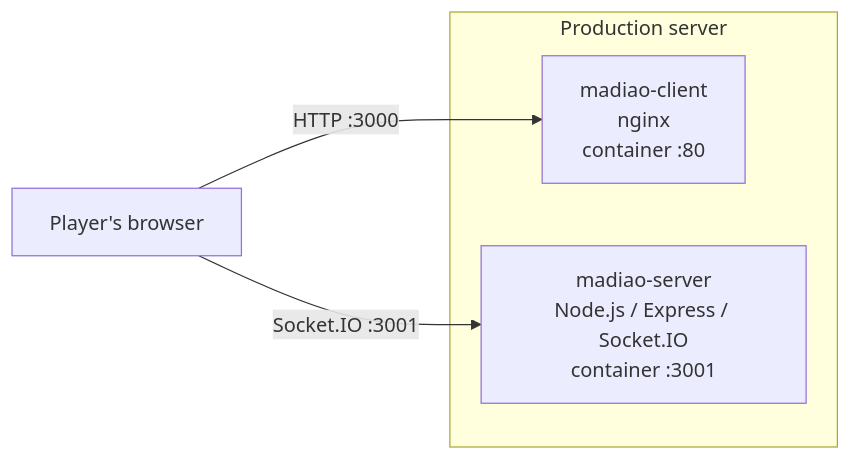
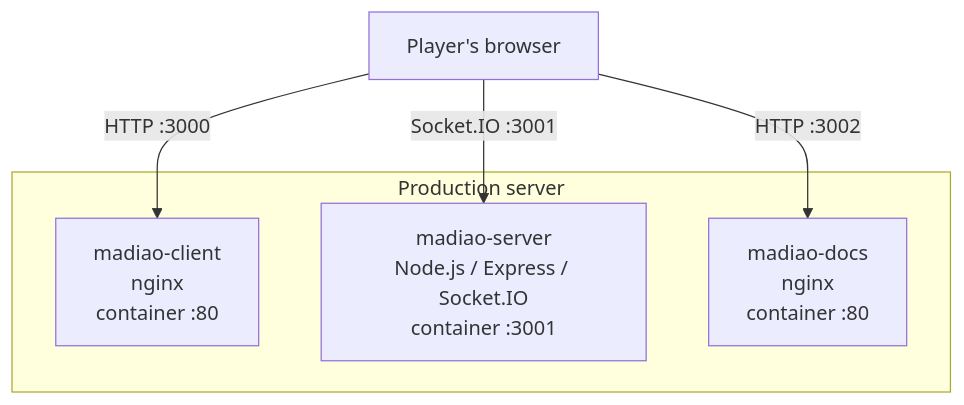
The second of 7 diagrams in docs/technical/runtime-overview.md (Gearsik/madiao), drawn with Mermaid before and after one commit. The commit also changed other lines of this file and 16 other files, not shown here.

````diff
--- a/docs/technical/runtime-overview.md
+++ b/docs/technical/runtime-overview.md
@@ -148,12 +157,14 @@
 ```mermaid
-flowchart LR
+flowchart TD
     Browser["Player's browser"]
 
     subgraph Host["Production server"]
         Client["madiao-client<br/>nginx<br/>container :80"]
         Server["madiao-server<br/>Node.js / Express / Socket.IO<br/>container :3001"]
+        Documentation["madiao-docs<br/>nginx<br/>container :80"]
     end
 
     Browser -->|"HTTP :3000"| Client
     Browser -->|"Socket.IO :3001"| Server
+    Browser -->|"HTTP :3002"| Documentation
 ```
````
